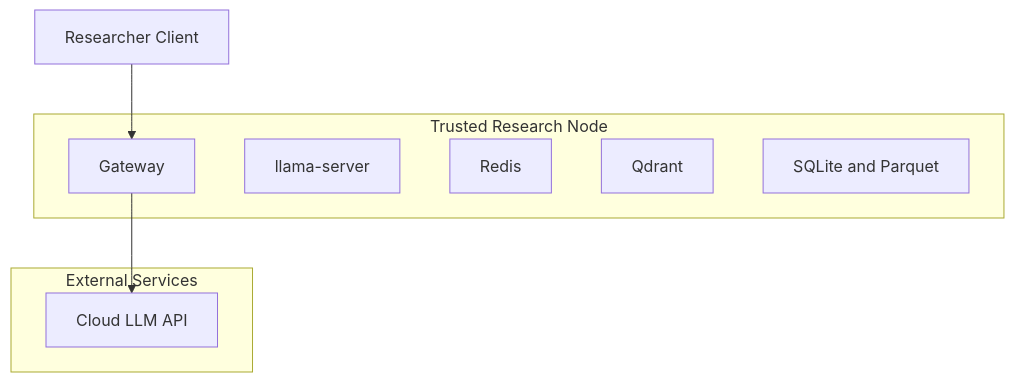
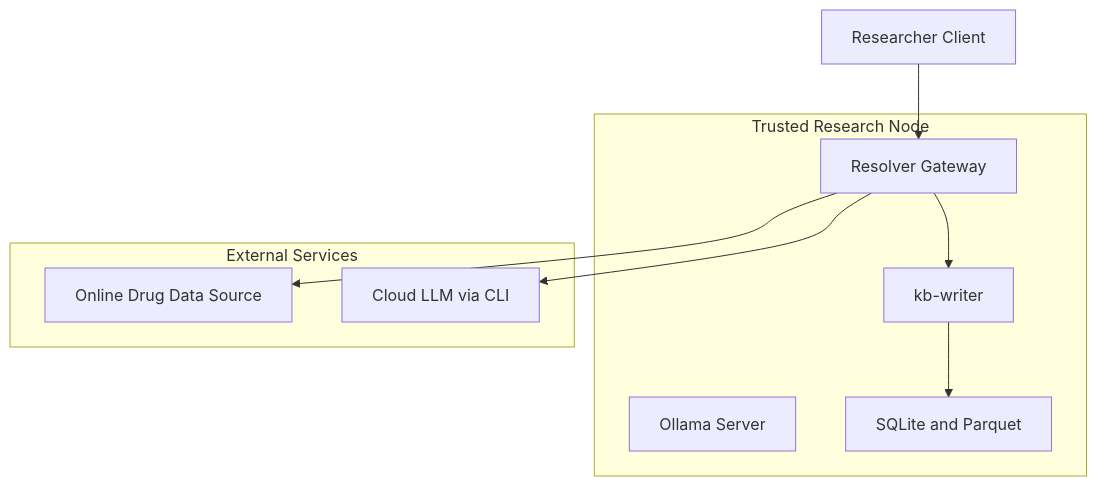
Before and after one commit to xXChiffreXx/AI-Hybrid-Deployment: the second of 2 diagrams in docs/architecture/00_system_architecture.md, drawn with Mermaid. The commit also changed other lines of this file and 3 other files, not shown here.

Commit message:
Align architecture docs to MVP local-first enrichment workflow

````diff
--- a/docs/architecture/00_system_architecture.md
+++ b/docs/architecture/00_system_architecture.md
@@ -67,17 +77,20 @@
 ```mermaid
 flowchart TB
-  subgraph T1[Trusted Research Node]
-    G1[Gateway]
-    L1[llama-server]
-    R1[Redis]
-    Q1[Qdrant]
-    S1[SQLite and Parquet]
+  subgraph T1["Trusted Research Node"]
+    G1["Resolver Gateway"]
+    O1["Ollama Server"]
+    W1["kb-writer"]
+    S1["SQLite and Parquet"]
   end
 
-  subgraph T2[External Services]
-    C1[Cloud LLM API]
+  subgraph T2["External Services"]
+    D1["Online Drug Data Source"]
+    C1["Cloud LLM via CLI"]
   end
 
-  U1[Researcher Client] --> G1
+  U1["Researcher Client"] --> G1
+  G1 --> D1
   G1 --> C1
+  G1 --> W1
+  W1 --> S1
 ```
````
